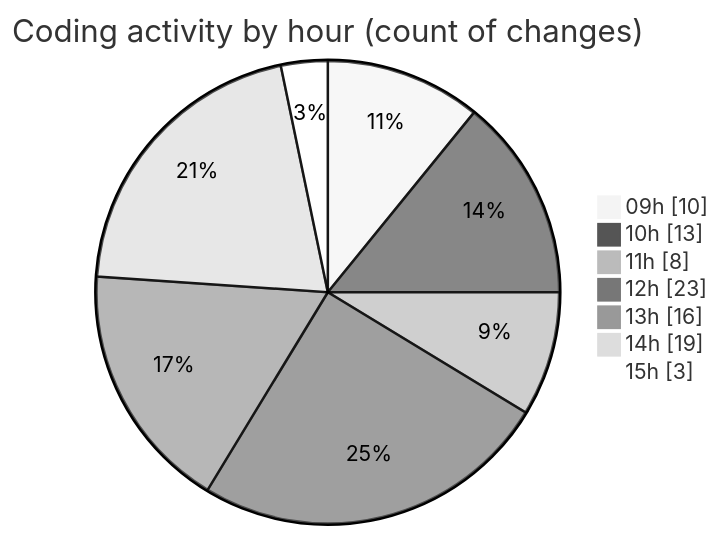
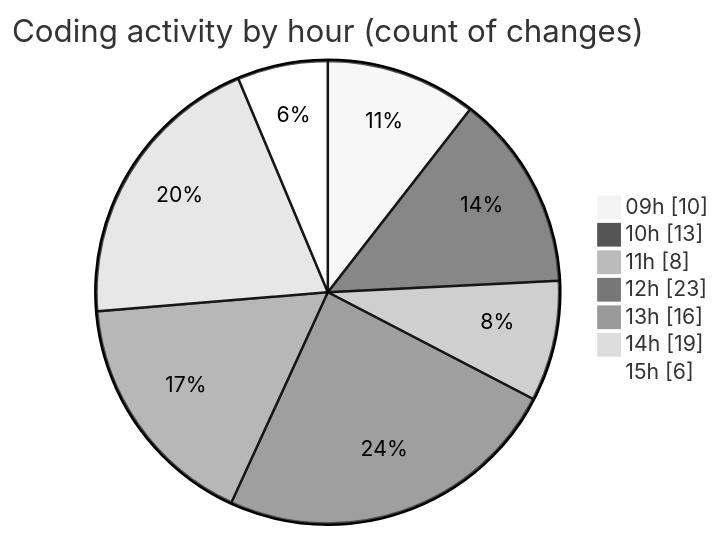
One commit to momahboobian/code-tracking changed the second of 2 diagrams in 2025-03-07/cda/README.md. Above: the diagram before and after it, drawn with Mermaid (neutral theme). The commit also changed other lines of this file and 1 other file, not shown here.

````diff
--- a/2025-03-07/cda/README.md
+++ b/2025-03-07/cda/README.md
@@ -47,11 +48,11 @@
 ```mermaid
 pie showData
 title Coding activity by hour (count of changes)
 "09h" : 10
 "10h" : 13
 "11h" : 8
 "12h" : 23
 "13h" : 16
 "14h" : 19
-"15h" : 3
+"15h" : 6
 ```
````
